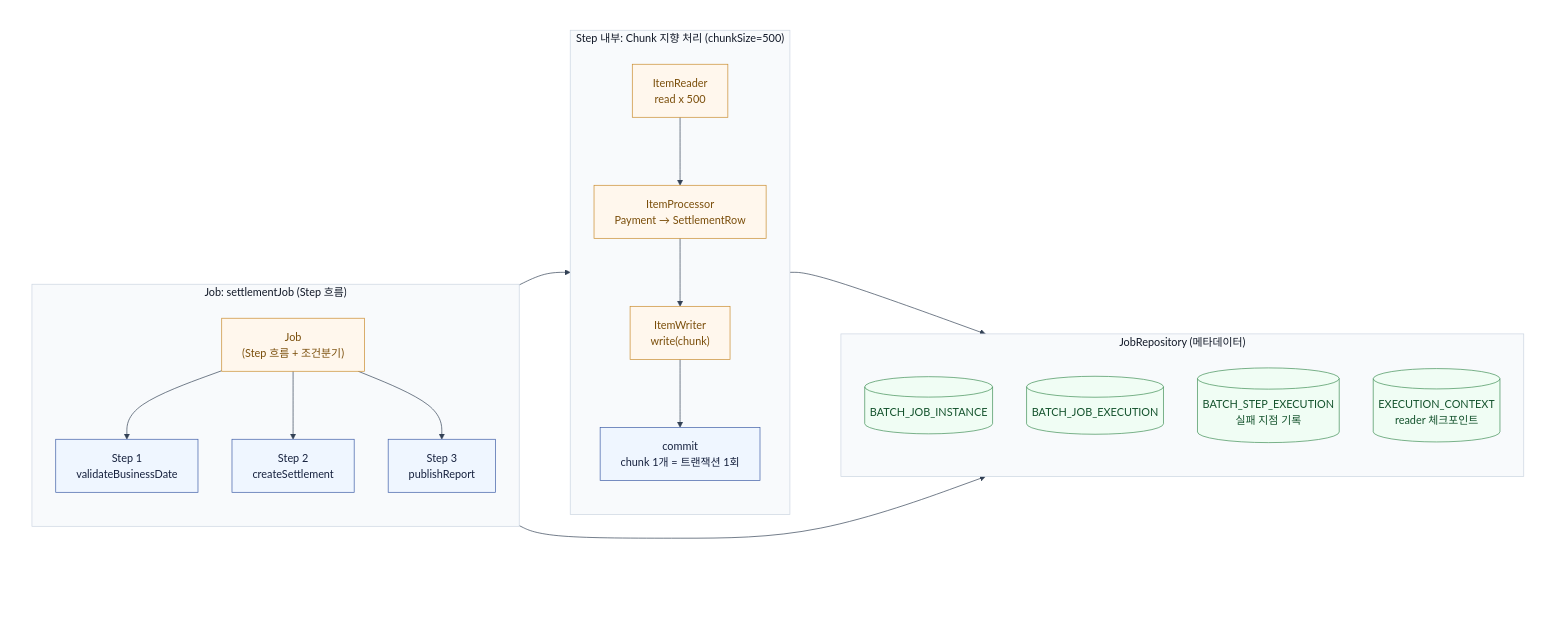
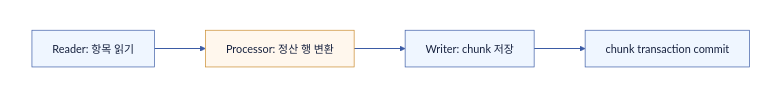
One commit to Hyune-s-lab/my-ai-study changed the second of 4 diagrams in spring/2608-spring-batch.md. Above: the diagram before and after it, drawn with Mermaid. The commit also changed other lines of this file and 28 other files, not shown here.

Commit message:
docs: Mermaid 호환성과 문서 가독성 개선

````diff
--- a/spring/2608-spring-batch.md
+++ b/spring/2608-spring-batch.md
@@ -21,61 +41,18 @@
 ```mermaid
----
-config:
-  theme: base
-  darkMode: false
-  look: classic
-  themeVariables:
-    background: "#ffffff"
-    primaryColor: "#ffffff"
-    primaryTextColor: "#111827"
-    primaryBorderColor: "#475569"
-    lineColor: "#334155"
-    edgeLabelBackground: "#ffffff"
----
 flowchart LR
+%%{init: {"theme": "base", "darkMode": false, "themeVariables": {"background": "#ffffff", "primaryColor": "#EFF6FF", "primaryTextColor": "#16213E", "primaryBorderColor": "#3B5BA5", "secondaryColor": "#F0FDF4", "tertiaryColor": "#FAF5FF", "lineColor": "#3B5BA5", "textColor": "#16213E", "edgeLabelBackground": "#ffffff", "clusterBkg": "#F8FAFC", "clusterBorder": "#CBD5E1"}}}%%
   subgraph canvas[" "]
     direction LR
-
-    subgraph jobFlow["Job: settlementJob (Step 흐름)"]
-      direction TB
-      job["Job\n(Step 흐름 + 조건분기)"]:::ctrl
-      stepA["Step 1\nvalidateBusinessDate"]:::app
-      stepB["Step 2\ncreateSettlement"]:::app
-      stepC["Step 3\npublishReport"]:::app
-      job --> stepA
-      job --> stepB
-      job --> stepC
-    end
-
-    subgraph chunkLayer["Step 내부: Chunk 지향 처리 (chunkSize=500)"]
-      direction TB
-      reader["ItemReader\nread x 500"]:::ctrl
-      proc["ItemProcessor\nPayment → SettlementRow"]:::ctrl
-      writer["ItemWriter\nwrite(chunk)"]:::ctrl
-      commit["commit\nchunk 1개 = 트랜잭션 1회"]:::app
-      reader --> proc
-      proc --> writer
-      writer --> commit
-    end
-
-    subgraph store["JobRepository (메타데이터)"]
-      direction TB
-      ji[("BATCH_JOB_INSTANCE")]:::db
-      je[("BATCH_JOB_EXECUTION")]:::db
-      se[("BATCH_STEP_EXECUTION\n실패 지점 기록")]:::db
-      ec[("EXECUTION_CONTEXT\nreader 체크포인트")]:::db
-    end
+    reader["Reader: 항목 읽기"] --> processor["Processor: 정산 행 변환"]
+    processor --> writer["Writer: chunk 저장"]
+    writer --> commit["chunk transaction commit"]
   end
-
-  stepB --> reader
-  commit --> se
-  job --> je
-
+  style canvas fill:#ffffff,stroke:#ffffff,color:#111827
+  linkStyle default stroke:#3B5BA5,stroke-width:1.5px
   classDef app fill:#EFF6FF,stroke:#3B5BA5,stroke-width:1px,color:#16213E
-  classDef db fill:#F0FDF4,stroke:#3F8E55,stroke-width:1px,color:#14532D
-  classDef ctrl fill:#FFF7ED,stroke:#C98A2B,stroke-width:1px,color:#7A4E0A
-  style canvas fill:#ffffff,stroke:#ffffff,stroke-width:0px,color:#111827
-  style jobFlow fill:#F8FAFC,stroke:#CBD5E1,stroke-width:1px,color:#111827
-  style chunkLayer fill:#F8FAFC,stroke:#CBD5E1,stroke-width:1px,color:#111827
-  style store fill:#F8FAFC,stroke:#CBD5E1,stroke-width:1px,color:#111827
+  class reader,writer,commit app
+  classDef db fill:#F0FDF4,stroke:#3F8E55,stroke-width:1px,color:#16213E
+  classDef policy fill:#FAF5FF,stroke:#A855F7,stroke-width:1px,color:#16213E
+  classDef worker fill:#FFF7ED,stroke:#C98A2B,stroke-width:1px,color:#16213E
+  class processor worker
 ```
````
